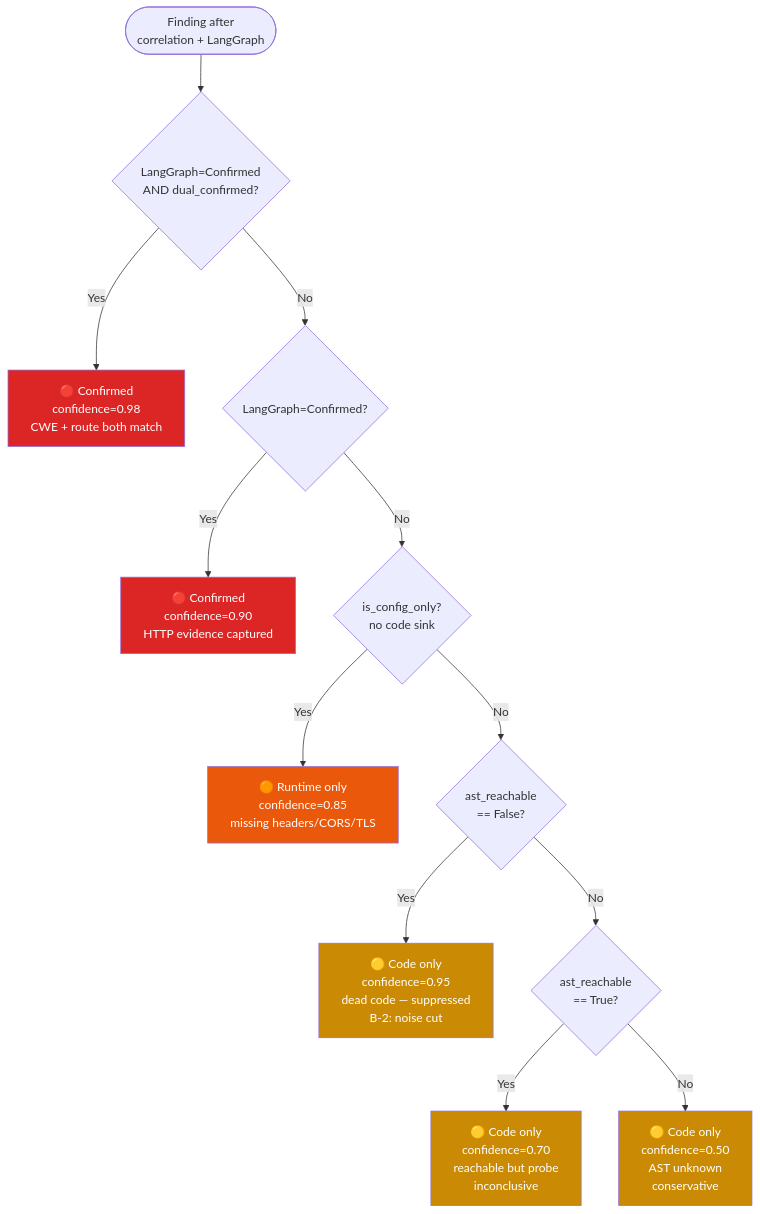
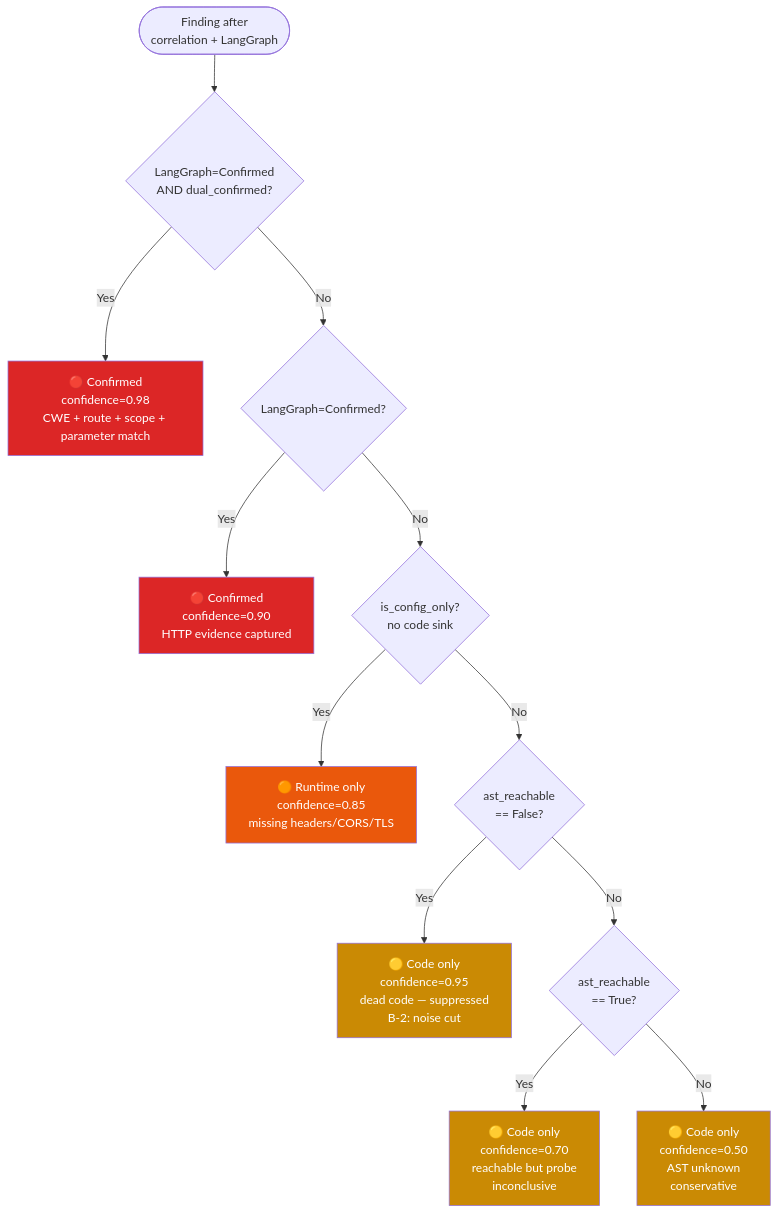
Diagram 11 of 25 in docs/P06-Architecture.md (Halcyora/mitigata), drawn with Mermaid before and after one commit. The commit also changed other lines of this file and 2 other files, not shown here.

````diff
--- a/docs/P06-Architecture.md
+++ b/docs/P06-Architecture.md
@@ -391,32 +394,32 @@
 ```mermaid
 flowchart TD
     INPUT([Finding after\ncorrelation + LangGraph]) --> R1
 
     R1{LangGraph=Confirmed\nAND dual_confirmed?}
-    R1 -->|Yes| C1["🔴 Confirmed\nconfidence=0.98\nCWE + route both match"]
+    R1 -->|Yes| C1["🔴 Confirmed\nconfidence=0.98\nCWE + route + scope + parameter match"]
 
     R1 -->|No| R2
     R2{LangGraph=Confirmed?}
     R2 -->|Yes| C2["🔴 Confirmed\nconfidence=0.90\nHTTP evidence captured"]
 
     R2 -->|No| R3
     R3{is_config_only?\nno code sink}
     R3 -->|Yes| C3["🟠 Runtime only\nconfidence=0.85\nmissing headers/CORS/TLS"]
 
     R3 -->|No| R4
     R4{ast_reachable\n== False?}
     R4 -->|Yes| C4["🟡 Code only\nconfidence=0.95\ndead code — suppressed\nB-2: noise cut"]
 
     R4 -->|No| R5
     R5{ast_reachable\n== True?}
     R5 -->|Yes| C5["🟡 Code only\nconfidence=0.70\nreachable but probe\ninconclusive"]
 
     R5 -->|No| C6["🟡 Code only\nconfidence=0.50\nAST unknown\nconservative"]
 
     style C1 fill:#dc2626,color:#fff
     style C2 fill:#dc2626,color:#fff
     style C3 fill:#ea580c,color:#fff
     style C4 fill:#ca8a04,color:#fff
     style C5 fill:#ca8a04,color:#fff
     style C6 fill:#ca8a04,color:#fff
 ```
````
